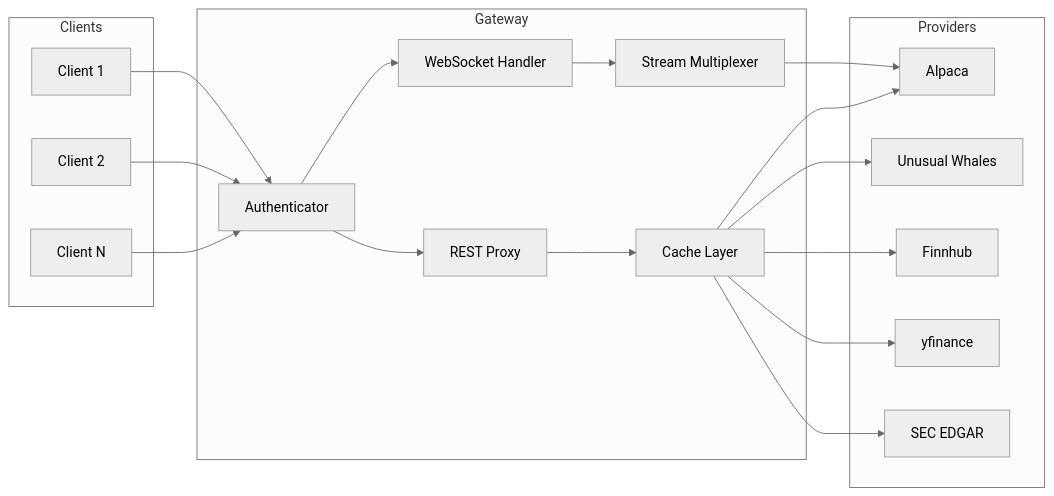
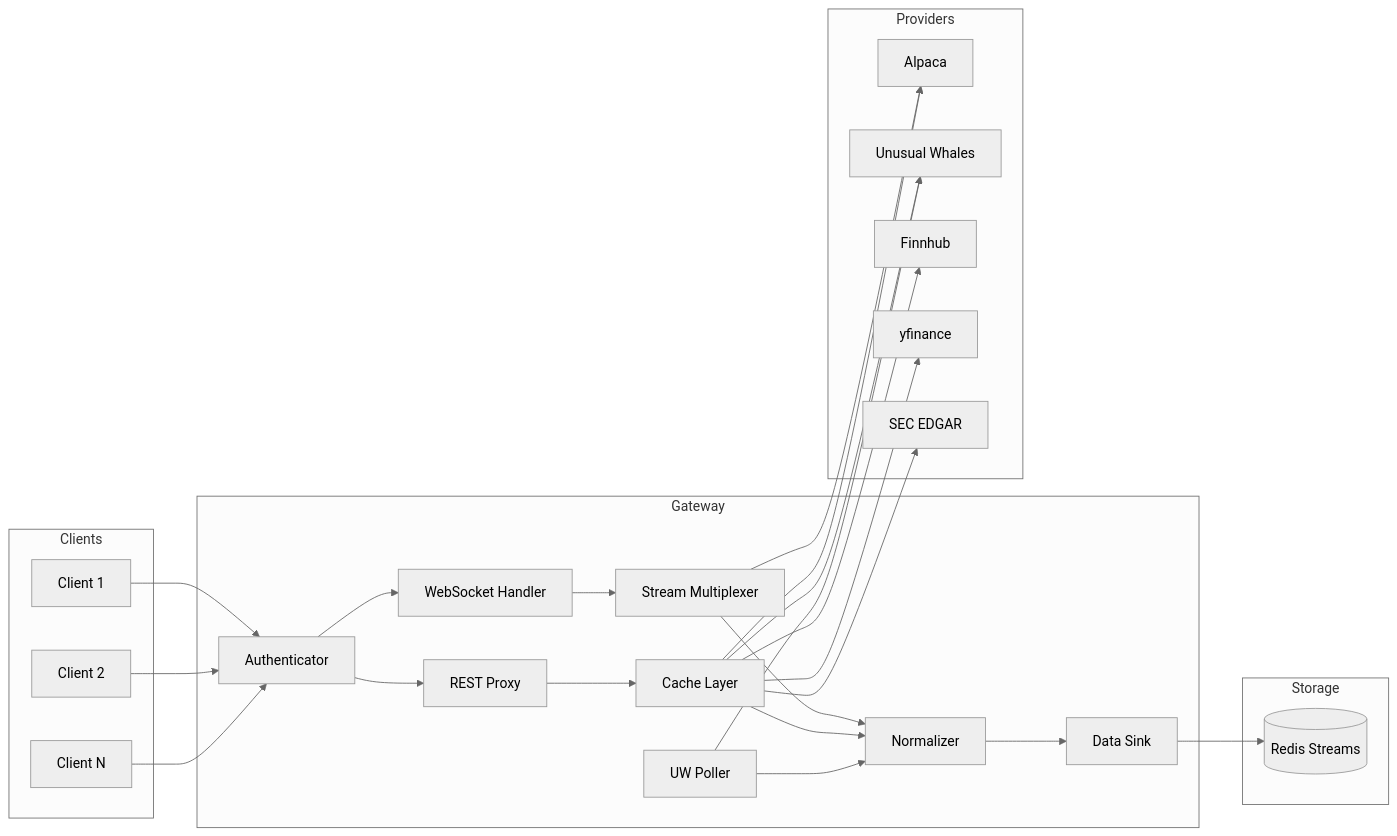
Before and after one commit to JasperDale420/Data-Gateway: the diagram in README.md, drawn with Mermaid (neutral theme). The commit also changed other lines of this file and 4 other files, not shown here.

First line of the commit message:
docs: comprehensive documentation audit — architecture, env, runbook, readme @codex review

````diff
--- a/README.md
+++ b/README.md
@@ -16,31 +16,40 @@
 ```mermaid
 graph LR
     subgraph Clients
         C1[Client 1]
         C2[Client 2]
         C3[Client N]
     end
 
     subgraph Gateway
         WS[WebSocket Handler]
         REST[REST Proxy]
         MUX[Stream Multiplexer]
         CACHE[Cache Layer]
         AUTH[Authenticator]
+        POLL[UW Poller]
+        NORM[Normalizer]
+        SINK[Data Sink]
     end
 
     subgraph Providers
         ALP[Alpaca]
         UW[Unusual Whales]
         FH[Finnhub]
         YF[yfinance]
         SEC[SEC EDGAR]
     end
 
+    subgraph Storage
+        REDIS[(Redis Streams)]
+    end
+
     C1 & C2 & C3 --> AUTH
     AUTH --> WS & REST
     WS --> MUX
     REST --> CACHE
     MUX --> ALP
     CACHE --> ALP & UW & FH & YF & SEC
+    POLL --> UW
+    MUX & CACHE & POLL --> NORM --> SINK --> REDIS
 ```
````
